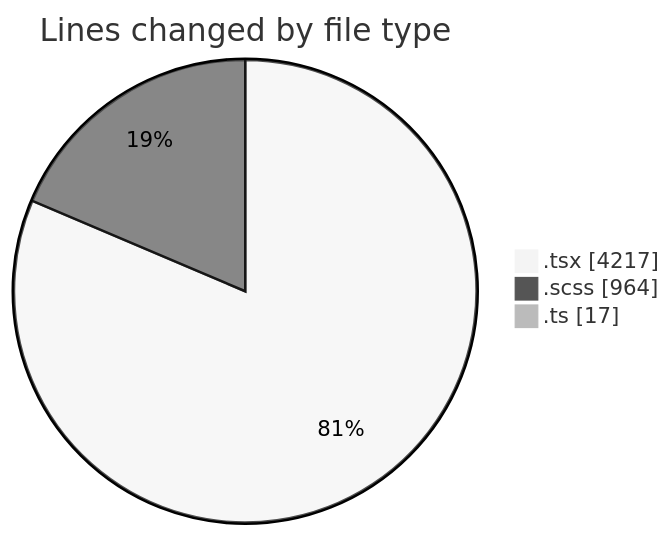
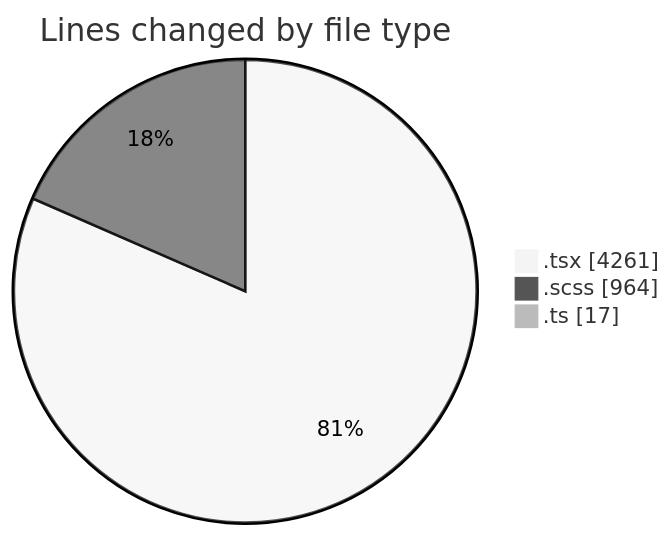
The first of 2 diagrams in 2025-09-19/cda/README.md (momahboobian/code-tracking), drawn with Mermaid (neutral theme) before and after one commit. The commit also changed other lines of this file and 1 other file, not shown here.

````diff
--- a/2025-09-19/cda/README.md
+++ b/2025-09-19/cda/README.md
@@ -26,7 +26,7 @@
 ```mermaid
 pie showData
 title Lines changed by file type
-".tsx" : 4217
+".tsx" : 4261
 ".scss" : 964
 ".ts" : 17
 ```
````
